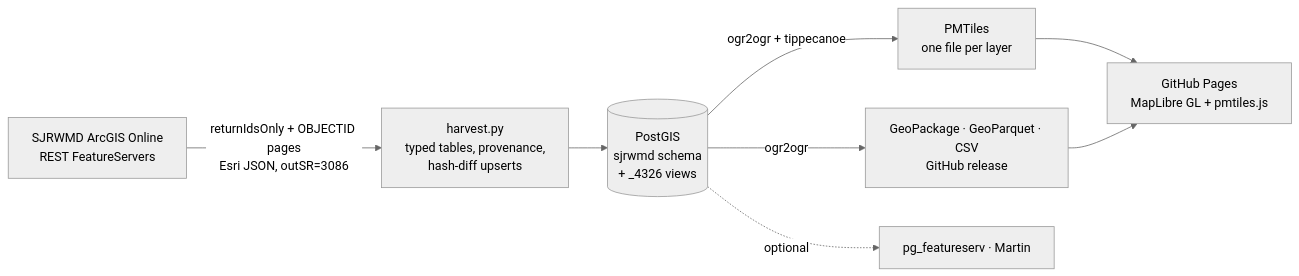
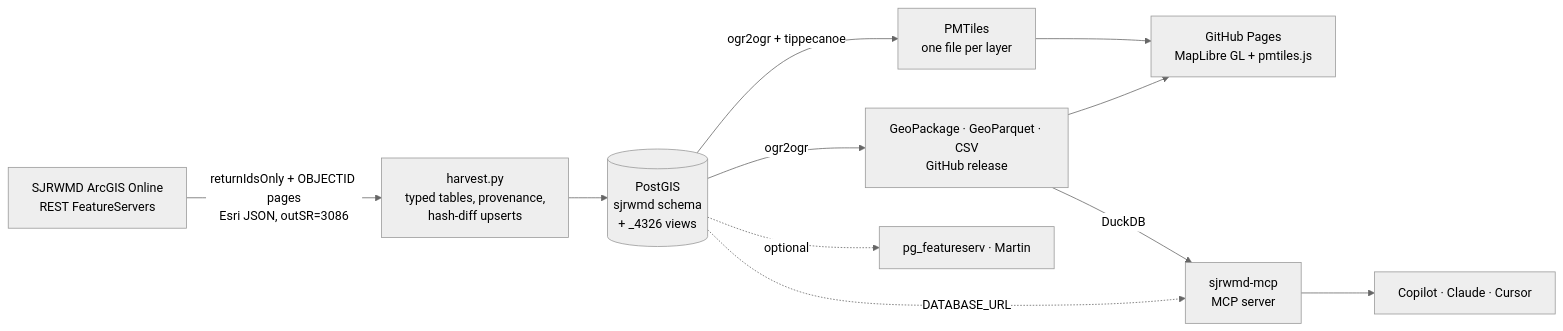
Before and after one commit to knightchrism/sjrwmd-open-data: the diagram in README.md, drawn with Mermaid (neutral theme). The commit also changed other lines of this file and 24 other files, not shown here.

Commit message:
Add sjrwmd-mcp server (DuckDB/PostGIS), Copilot setup, recorded AI demo, detailed PostGIS how-to

````diff
--- a/README.md
+++ b/README.md
@@ -49,10 +49,13 @@
 ```mermaid
 flowchart LR
   A["SJRWMD ArcGIS Online<br/>REST FeatureServers"] -->|"returnIdsOnly + OBJECTID pages<br/>Esri JSON, outSR=3086"| B["harvest.py<br/>typed tables, provenance,<br/>hash-diff upserts"]
   B --> C[("PostGIS<br/>sjrwmd schema<br/>+ _4326 views")]
   C -->|"ogr2ogr + tippecanoe"| D["PMTiles<br/>one file per layer"]
   C -->|"ogr2ogr"| E["GeoPackage · GeoParquet · CSV<br/>GitHub release"]
   D --> F["GitHub Pages<br/>MapLibre GL + pmtiles.js"]
   E --> F
   C -.->|optional| G["pg_featureserv · Martin"]
+  E -->|"DuckDB"| H["sjrwmd-mcp<br/>MCP server"]
+  C -.->|"DATABASE_URL"| H
+  H --> I["Copilot · Claude · Cursor"]
 ```
````
